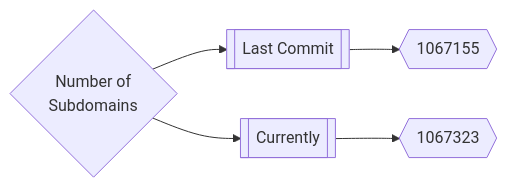
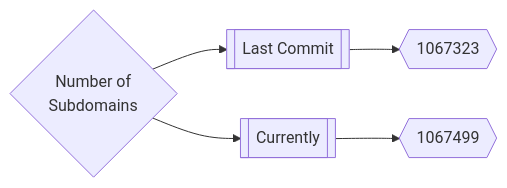
Before and after one commit to trickest/inventory: the first of 3 diagrams in README.md, drawn with Mermaid. The commit also changed other lines of this file, not shown here.

Commit message:
Update Tue Mar 29 15:49:53 UTC 2022

````diff
--- a/README.md
+++ b/README.md
@@ -165,5 +165,5 @@
 ```mermaid
 graph LR
-title{Number of<br>Subdomains} --> subdomainsDate1[[Last Commit]] --> subdomainsNum1{{1067155}}
-title --> subdomainsDate2[[Currently]] --> subdomainsNum2{{1067323}}
+title{Number of<br>Subdomains} --> subdomainsDate1[[Last Commit]] --> subdomainsNum1{{1067323}}
+title --> subdomainsDate2[[Currently]] --> subdomainsNum2{{1067499}}
 ```
````
